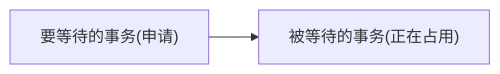
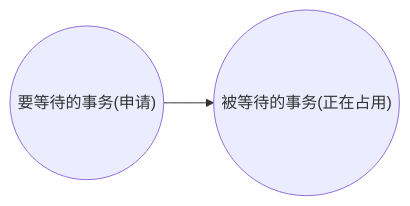
Before and after one commit to FUTURETECH6/Notes-Sophomore2: the fourth of 4 diagrams in DBS/Chap15_ConCtrl_改.md, drawn with Mermaid. The commit also changed other lines of this file and 12 other files, not shown here.

````diff
--- a/DBS/Chap15_ConCtrl_改.md
+++ b/DBS/Chap15_ConCtrl_改.md
@@ -399,4 +404,4 @@
 ```mermaid
 graph LR
-0["要等待的事务(申请)"] --> 1["被等待的事务(正在占用)"]
+0(("要等待的事务(申请)")) --> 1(("被等待的事务(正在占用)"))
 ```
````
